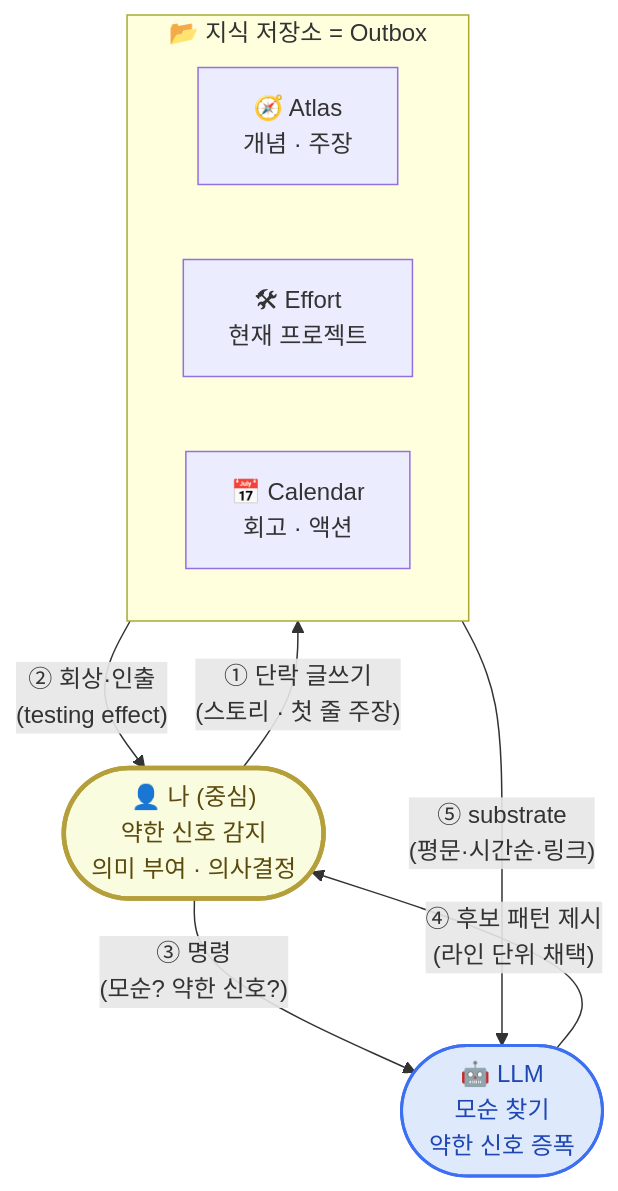
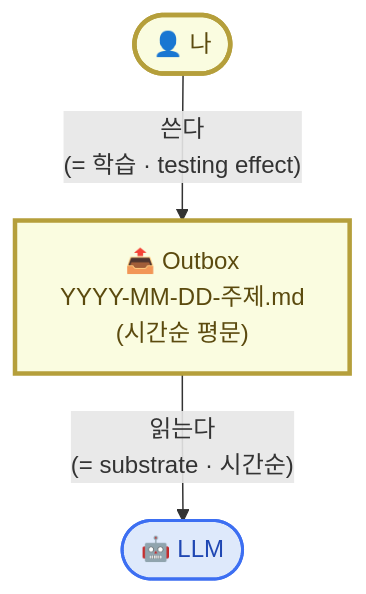
The first of 3 diagrams in content/week2/mechanism.mdx (effectiveai-io/my-learning-agent), drawn with Mermaid before and after one commit. The commit also changed other lines of this file, not shown here.

````diff
--- a/content/week2/mechanism.mdx
+++ b/content/week2/mechanism.mdx
@@ -13,24 +18,16 @@
 ```mermaid
 flowchart TB
-    Me(["👤 나 (중심)<br/>약한 신호 감지<br/>의미 부여 · 의사결정"])
+    Me(["👤 나"])
+    LLM(["🤖 LLM"])
+    Box["📤 Outbox<br/>YYYY-MM-DD-주제.md<br/>(시간순 평문)"]
 
-    subgraph Repo["📂 지식 저장소 = Outbox"]
-        direction LR
-        Atlas["🧭 Atlas<br/>개념 · 주장"]
-        Effort["🛠 Effort<br/>현재 프로젝트"]
-        Cal["📅 Calendar<br/>회고 · 액션"]
-    end
+    Me -- "쓴다<br/>(= 학습 · testing effect)" --> Box
+    Box -- "읽는다<br/>(= substrate · 시간순)" --> LLM
 
-    LLM(["🤖 LLM<br/>모순 찾기<br/>약한 신호 증폭"])
-
-    Me -- "① 단락 글쓰기<br/>(스토리 · 첫 줄 주장)" --> Repo
-    Repo -- "② 회상·인출<br/>(testing effect)" --> Me
-    Me -- "③ 명령<br/>(모순? 약한 신호?)" --> LLM
-    LLM -- "④ 후보 패턴 제시<br/>(라인 단위 채택)" --> Me
-    Repo -- "⑤ substrate<br/>(평문·시간순·링크)" --> LLM
-
-    classDef center fill:#fafce0,stroke:#b59f3b,stroke-width:3px,color:#5b4a0e
+    classDef me fill:#fafce0,stroke:#b59f3b,stroke-width:3px,color:#5b4a0e
+    classDef box fill:#fafce0,stroke:#b59f3b,stroke-width:3px,color:#5b4a0e
     classDef llm fill:#dee9fb,stroke:#3d6ff2,stroke-width:2px,color:#1f47b3
-    class Me center
+    class Me me
+    class Box box
     class LLM llm
 ```
````
